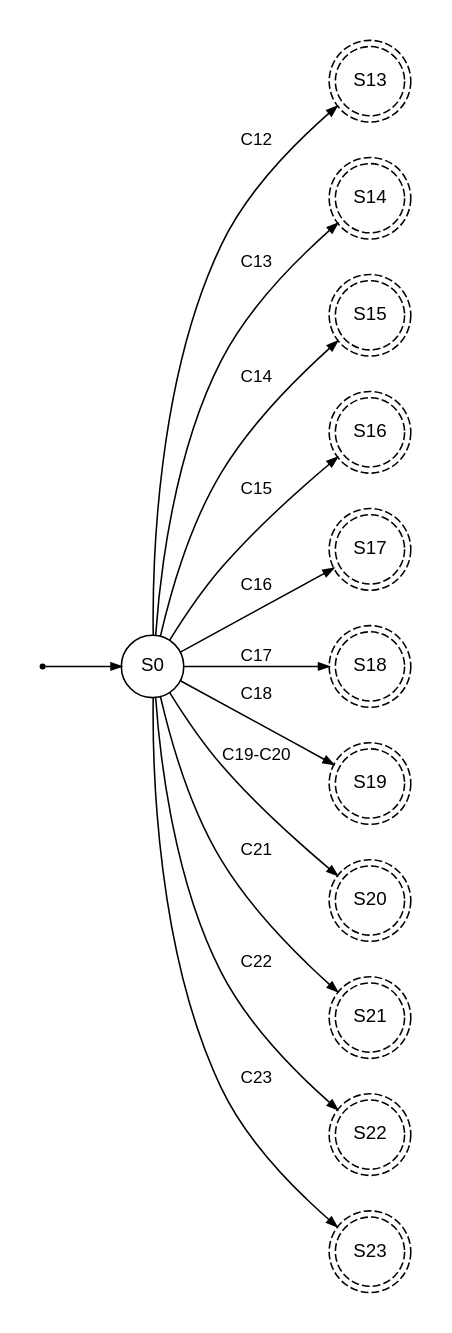
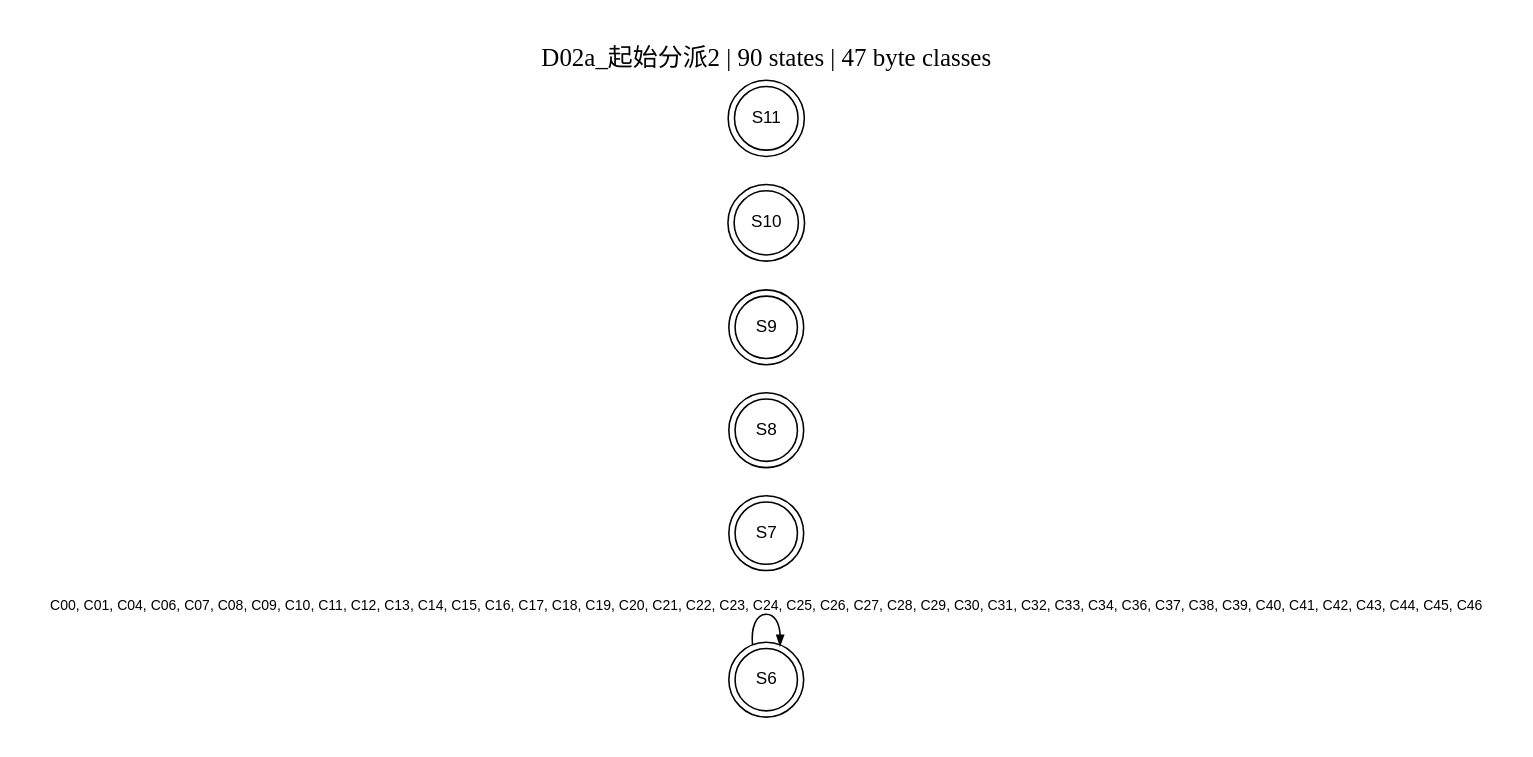
One commit to EternalLonging/AAACompilerDevelopment changed the diagram in 实验设计/LL1与图示/矢量图/D02a_起始分派2.dot. Above: the diagram before and after it, drawn with Graphviz. The commit also changed 86 other files, not shown here.

```diff
--- a/实验设计/LL1与图示/矢量图/D02a_起始分派2.dot
+++ b/实验设计/LL1与图示/矢量图/D02a_起始分派2.dot
@@ -1,25 +1,14 @@
-digraph G { graph [rankdir=LR, bgcolor="white", nodesep=0.3, ranksep=0.65, pad=0.25]; node [fontname="Arial", fontsize=12, shape=circle, width=0.55]; edge [fontname="Arial", fontsize=11, arrowsize=0.65];n0 [label="S0",shape=circle,style=solid];
-n13 [label="S13",shape=doublecircle,style=dashed];
-n14 [label="S14",shape=doublecircle,style=dashed];
-n15 [label="S15",shape=doublecircle,style=dashed];
-n16 [label="S16",shape=doublecircle,style=dashed];
-n17 [label="S17",shape=doublecircle,style=dashed];
-n18 [label="S18",shape=doublecircle,style=dashed];
-n19 [label="S19",shape=doublecircle,style=dashed];
-n20 [label="S20",shape=doublecircle,style=dashed];
-n21 [label="S21",shape=doublecircle,style=dashed];
-n22 [label="S22",shape=doublecircle,style=dashed];
-n23 [label="S23",shape=doublecircle,style=dashed];
-start [shape=point,width=0.04]; start -> n0;
-n0 -> n13 [label="C12"];
-n0 -> n14 [label="C13"];
-n0 -> n15 [label="C14"];
-n0 -> n16 [label="C15"];
-n0 -> n17 [label="C16"];
-n0 -> n18 [label="C17"];
-n0 -> n19 [label="C18"];
-n0 -> n20 [label="C19-C20"];
-n0 -> n21 [label="C21"];
-n0 -> n22 [label="C22"];
-n0 -> n23 [label="C23"];
+digraph G {
+  graph [rankdir=LR, bgcolor="white", nodesep=0.25, ranksep=0.55, pad=0.25];
+  node [fontname="Arial", fontsize=11, shape=circle, width=0.55];
+  edge [fontname="Arial", fontsize=9, arrowsize=0.6];
+  label="D02a_起始分派2 | 90 states | 47 byte classes";
+  labelloc="t"; fontsize=16;
+  n6 [label="S6", shape=doublecircle];
+  n7 [label="S7", shape=doublecircle];
+  n8 [label="S8", shape=doublecircle];
+  n9 [label="S9", shape=doublecircle];
+  n10 [label="S10", shape=doublecircle];
+  n11 [label="S11", shape=doublecircle];
+  n6 -> n6 [label="C00, C01, C04, C06, C07, C08, C09, C10, C11, C12, C13, C14, C15, C16, C17, C18, C19, C20, C21, C22, C23, C24, C25, C26, C27, C28, C29, C30, C31, C32, C33, C34, C36, C37, C38, C39, C40, C41, C42, C43, C44, C45, C46"];
 }
```
